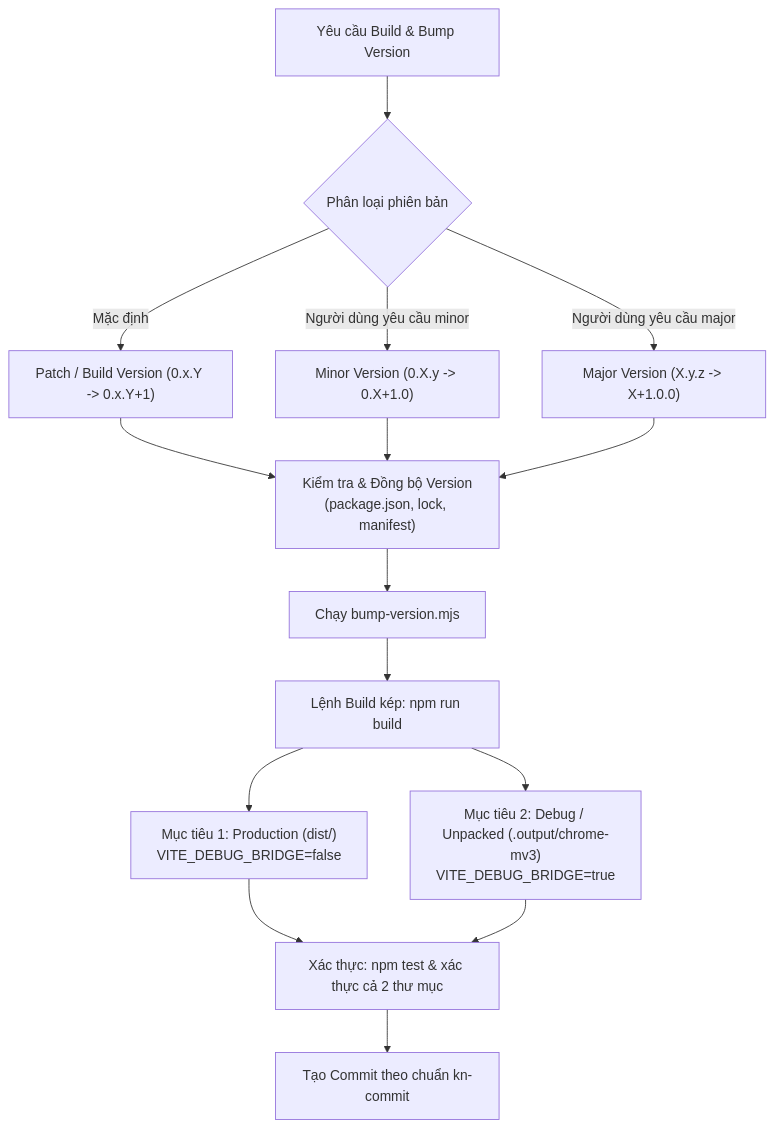
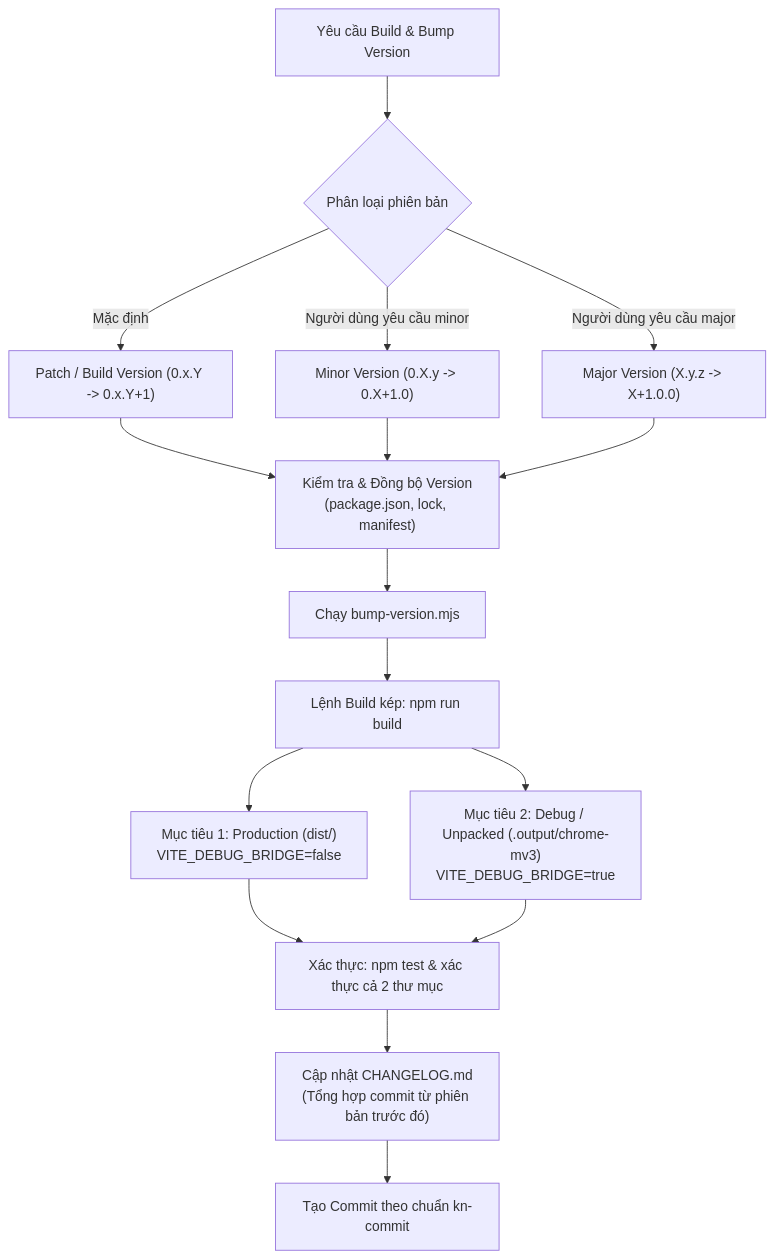
Before and after one commit to vplghost/VPL-HWA-Ext: the diagram in .agents/skills/ext-build/SKILL.md, drawn with Mermaid. The commit also changed other lines of this file and 4 other files, not shown here.

````diff
--- a/.agents/skills/ext-build/SKILL.md
+++ b/.agents/skills/ext-build/SKILL.md
@@ -10,20 +10,21 @@
 ```mermaid
 flowchart TD
     A["Yêu cầu Build & Bump Version"] --> B{"Phân loại phiên bản"}
     B -- "Mặc định" --> C["Patch / Build Version (0.x.Y -> 0.x.Y+1)"]
     B -- "Người dùng yêu cầu minor" --> D["Minor Version (0.X.y -> 0.X+1.0)"]
     B -- "Người dùng yêu cầu major" --> E["Major Version (X.y.z -> X+1.0.0)"]
     
     C --> F["Kiểm tra & Đồng bộ Version<br/>(package.json, lock, manifest)"]
     D --> F
     E --> F
     
     F --> G["Chạy bump-version.mjs"]
     G --> H["Lệnh Build kép: npm run build"]
     H --> I["Mục tiêu 1: Production (dist/)<br/>VITE_DEBUG_BRIDGE=false"]
     H --> J["Mục tiêu 2: Debug / Unpacked (.output/chrome-mv3)<br/>VITE_DEBUG_BRIDGE=true"]
     
     I --> K["Xác thực: npm test & xác thực cả 2 thư mục"]
     J --> K
-    K --> L["Tạo Commit theo chuẩn kn-commit"]
+    K --> L["Cập nhật CHANGELOG.md<br/>(Tổng hợp commit từ phiên bản trước đó)"]
+    L --> M["Tạo Commit theo chuẩn kn-commit"]
 ```
````
